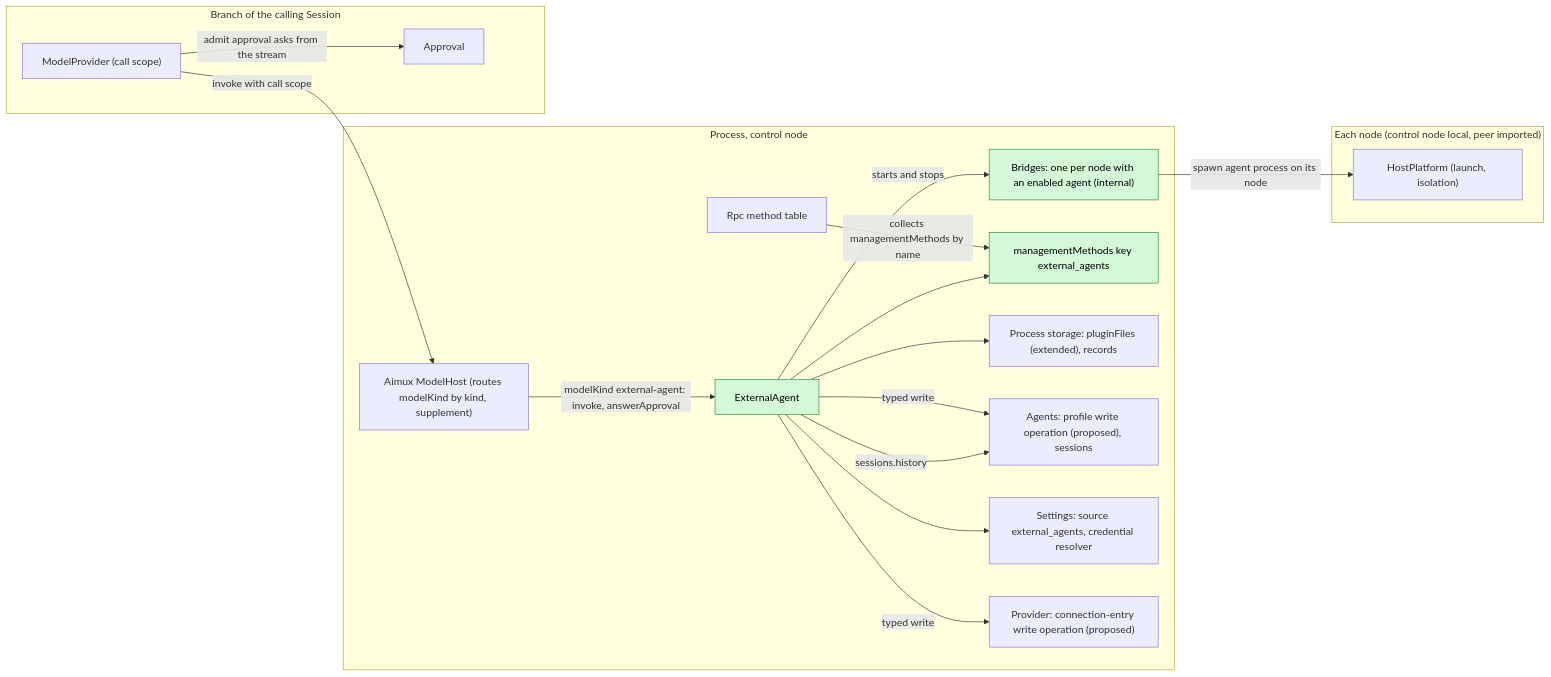
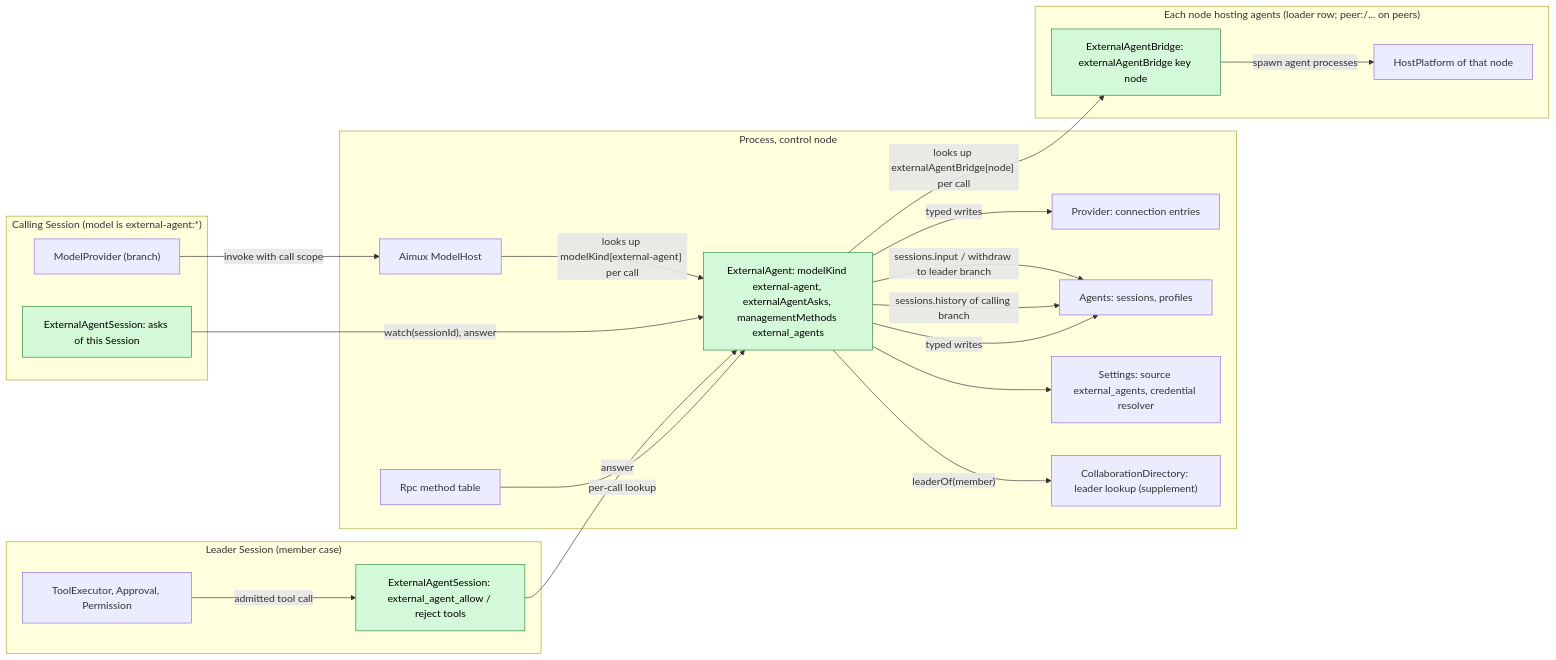
One commit to CoutinhoTTS/dim-agent changed the first of 5 diagrams in docs/design/plugins/ExternalAgent.md. Above: the diagram before and after it, drawn with Mermaid. The commit also changed other lines of this file, not shown here.

First line of the commit message:
docs: redesign ExternalAgent (EN draft, refs #145)

````diff
--- a/docs/design/plugins/ExternalAgent.md
+++ b/docs/design/plugins/ExternalAgent.md
@@ -11,34 +21,39 @@
 ```mermaid
 flowchart LR
   classDef new fill:#d3f9d8,stroke:#2b8a3e,color:#000
   subgraph proc["Process, control node"]
-    EA["ExternalAgent"]:::new
-    Bridge["Bridges: one per node with an enabled agent (internal)"]:::new
-    MM["managementMethods key external_agents"]:::new
-    Aimux["Aimux ModelHost (routes modelKind by kind, supplement)"]
+    EA["ExternalAgent: modelKind external-agent, externalAgentAsks, managementMethods external_agents"]:::new
+    Aimux["Aimux ModelHost"]
+    Provider["Provider: connection entries"]
+    Agents["Agents: sessions, profiles"]
+    Settings["Settings: source external_agents, credential resolver"]
+    CD["CollaborationDirectory: leader lookup (supplement)"]
     Rpc["Rpc method table"]
-    Store["Process storage: pluginFiles (extended), records"]
-    Agents["Agents: profile write operation (proposed), sessions"]
-    Settings["Settings: source external_agents, credential resolver"]
-    Provider["Provider: connection-entry write operation (proposed)"]
   end
-  subgraph node["Each node (control node local, peer imported)"]
-    HP["HostPlatform (launch, isolation)"]
+  subgraph node["Each node hosting agents (loader row; peer:<node>/... on peers)"]
+    BR["ExternalAgentBridge: externalAgentBridge key node"]:::new
+    HP["HostPlatform of that node"]
   end
-  subgraph branch["Branch of the calling Session"]
-    MP["ModelProvider (call scope)"]
-    Appr["Approval"]
+  subgraph calling["Calling Session (model is external-agent:*)"]
+    MP["ModelProvider (branch)"]
+    ES1["ExternalAgentSession: asks of this Session"]:::new
   end
-  EA --> MM
-  Rpc -->|"collects managementMethods by name"| MM
+  subgraph leader["Leader Session (member case)"]
+    ES2["ExternalAgentSession: external_agent_allow / reject tools"]:::new
+    TE["ToolExecutor, Approval, Permission"]
+  end
   MP -->|"invoke with call scope"| Aimux
-  Aimux -->|"modelKind external-agent: invoke, answerApproval"| EA
-  MP -->|"admit approval asks from the stream"| Appr
-  EA -->|"sessions.history"| Agents
-  EA --> Store
+  Aimux -->|"looks up modelKind[external-agent] per call"| EA
+  EA -->|"looks up externalAgentBridge[node] per call"| BR
+  BR -->|"spawn agent processes"| HP
+  EA -->|"leaderOf(member)"| CD
+  EA -->|"sessions.input / withdraw to leader branch"| Agents
+  EA -->|"sessions.history of calling branch"| Agents
+  ES1 -->|"watch(sessionId), answer"| EA
+  TE -->|"admitted tool call"| ES2
+  ES2 -->|"answer"| EA
+  Rpc -->|"per-call lookup"| EA
   EA --> Settings
-  EA -->|"typed write"| Provider
-  EA -->|"typed write"| Agents
-  EA -->|"starts and stops"| Bridge
-  Bridge -->|"spawn agent process on its node"| HP
+  EA -->|"typed writes"| Provider
+  EA -->|"typed writes"| Agents
 ```
````
